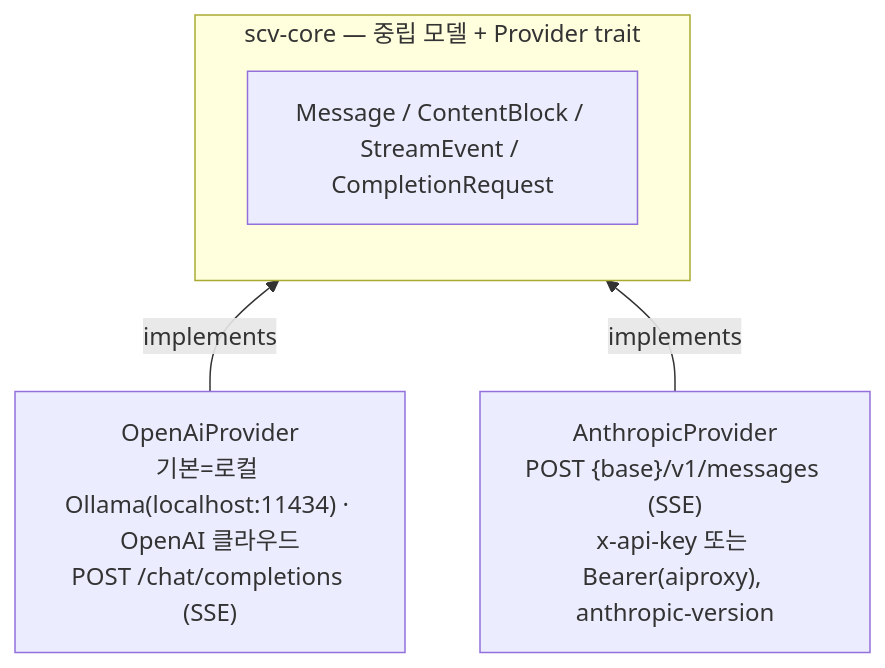
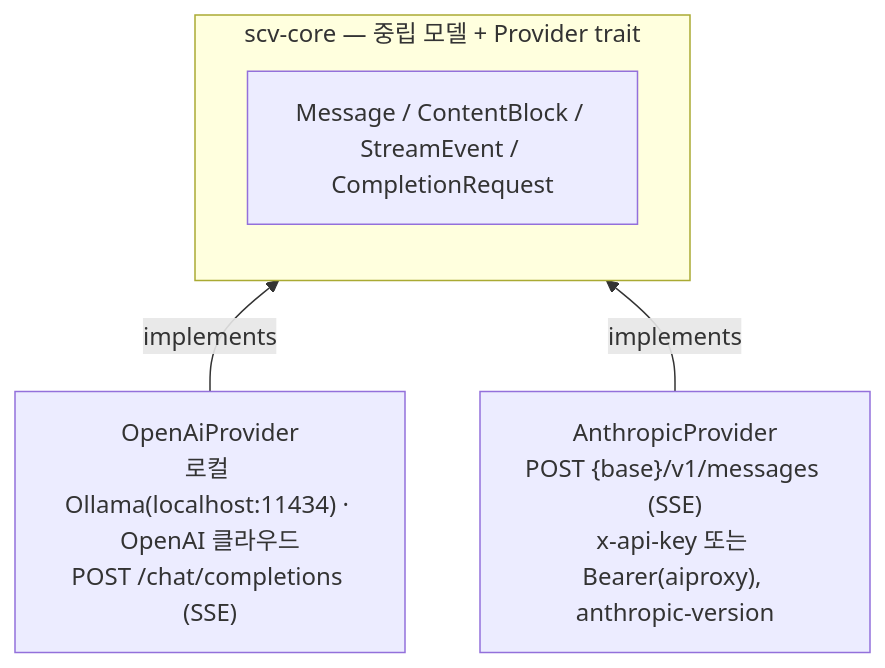
Before and after one commit to jaewookshin-bagelcode/scv: the third of 4 diagrams in docs/ARCHITECTURE.md, drawn with Mermaid. The commit also changed other lines of this file and 6 other files, not shown here.

````diff
--- a/docs/ARCHITECTURE.md
+++ b/docs/ARCHITECTURE.md
@@ -125,10 +125,10 @@
 ```mermaid
 flowchart BT
     subgraph core["scv-core — 중립 모델 + Provider trait"]
         M["Message / ContentBlock / StreamEvent / CompletionRequest"]
     end
-    O["OpenAiProvider<br/>기본=로컬 Ollama(localhost:11434) · OpenAI 클라우드<br/>POST /chat/completions (SSE)"]
+    O["OpenAiProvider<br/>로컬 Ollama(localhost:11434) · OpenAI 클라우드<br/>POST /chat/completions (SSE)"]
     A["AnthropicProvider<br/>POST {base}/v1/messages (SSE)<br/>x-api-key 또는 Bearer(aiproxy), anthropic-version"]
     O -- implements --> core
     A -- implements --> core
 ```
````
